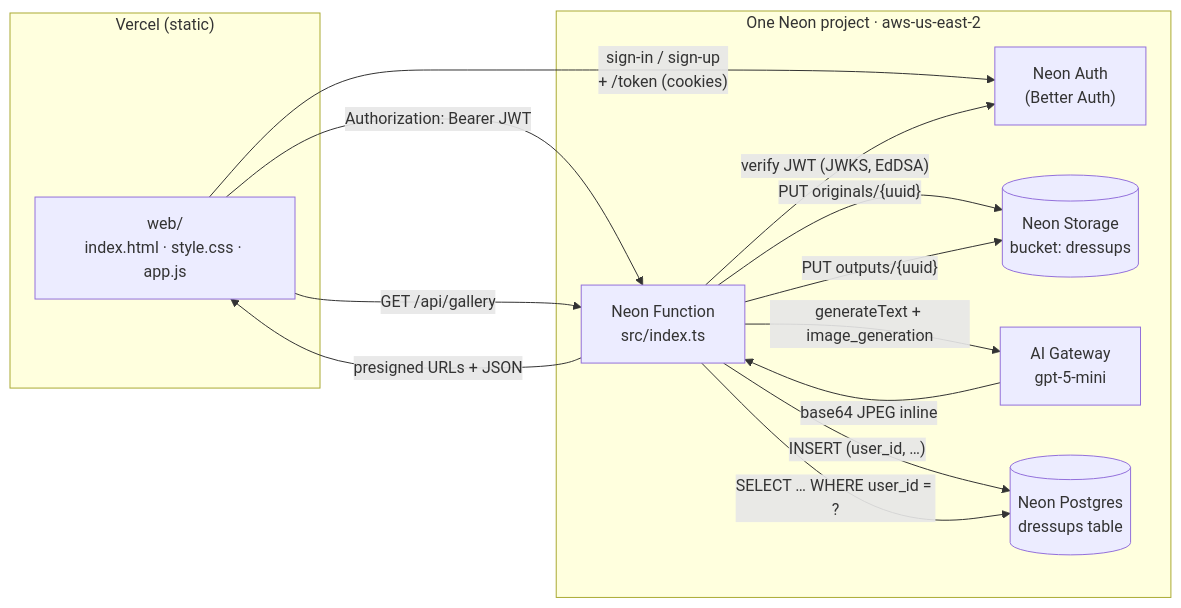
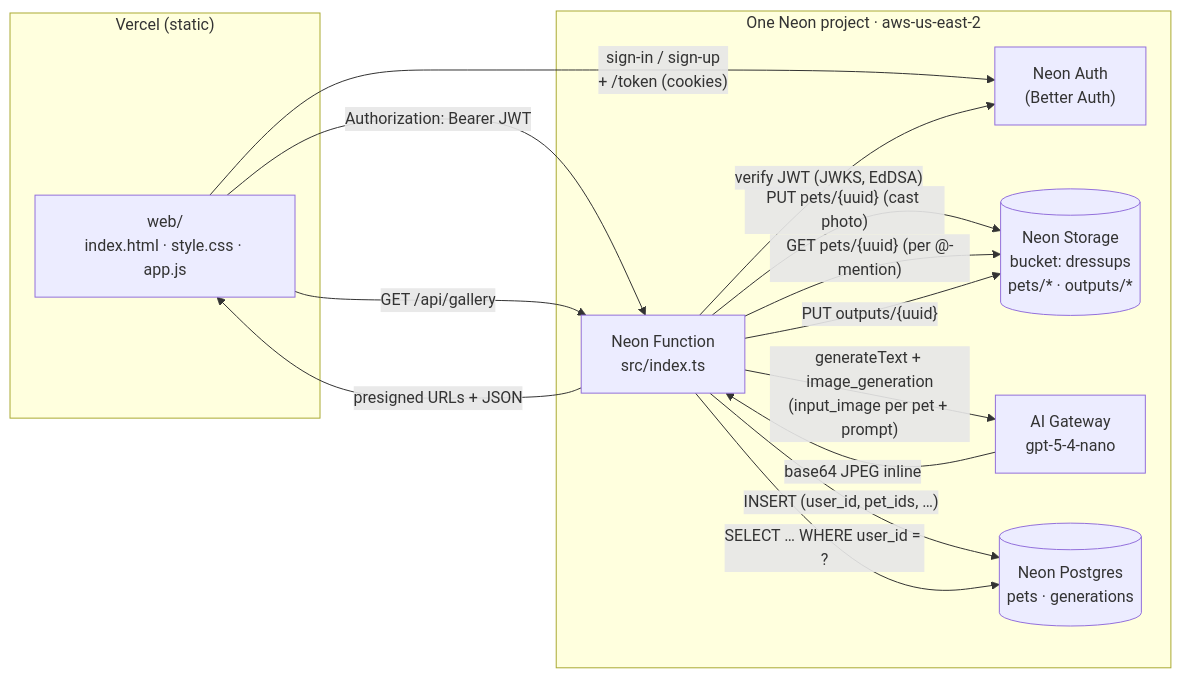
The diagram in README.md (sav-maya/doggo-dressup), drawn with Mermaid before and after one commit. The commit also changed other lines of this file and 7 other files, not shown here.

First line of the commit message:
Refactor to Vibecastly-style: cast + @-mention + generate

````diff
--- a/README.md
+++ b/README.md
@@ -23,25 +31,26 @@
 ```mermaid
 flowchart LR
   subgraph Vercel["Vercel (static)"]
     SPA["web/<br/>index.html · style.css · app.js"]
   end
   subgraph NeonProject["One Neon project · aws-us-east-2"]
     AuthSvc["Neon Auth<br/>(Better Auth)"]
     Fn["Neon Function<br/>src/index.ts"]
-    Storage[("Neon Storage<br/>bucket: dressups")]
-    AIG["AI Gateway<br/>gpt-5-mini"]
-    PG[("Neon Postgres<br/>dressups table")]
+    Storage[("Neon Storage<br/>bucket: dressups<br/>pets/* · outputs/*")]
+    AIG["AI Gateway<br/>gpt-5-4-nano"]
+    PG[("Neon Postgres<br/>pets · generations")]
   end
 
   SPA -->|"sign-in / sign-up<br/>+ /token (cookies)"| AuthSvc
   SPA -->|"Authorization: Bearer JWT"| Fn
   Fn -->|"verify JWT (JWKS, EdDSA)"| AuthSvc
-  Fn -->|"PUT originals/{uuid}"| Storage
-  Fn -->|"generateText + image_generation"| AIG
+  Fn -->|"PUT pets/{uuid} (cast photo)"| Storage
+  Fn -->|"GET pets/{uuid} (per @-mention)"| Storage
+  Fn -->|"generateText + image_generation<br/>(input_image per pet + prompt)"| AIG
   AIG -->|"base64 JPEG inline"| Fn
   Fn -->|"PUT outputs/{uuid}"| Storage
-  Fn -->|"INSERT (user_id, …)"| PG
+  Fn -->|"INSERT (user_id, pet_ids, …)"| PG
   Fn -->|"presigned URLs + JSON"| SPA
   SPA -->|"GET /api/gallery"| Fn
   Fn -->|"SELECT … WHERE user_id = ?"| PG
 ```
````
